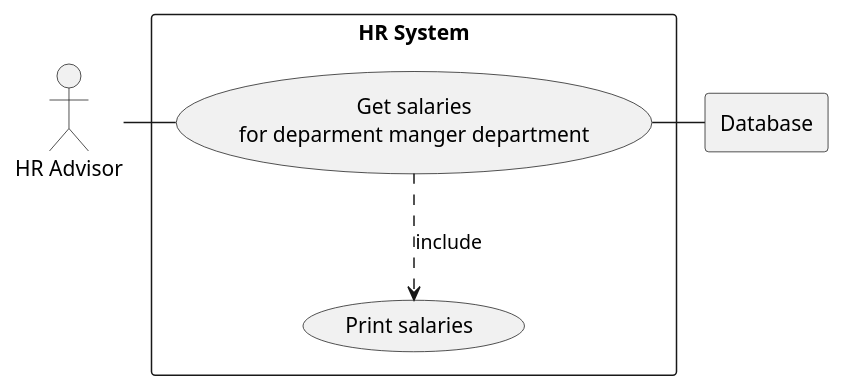
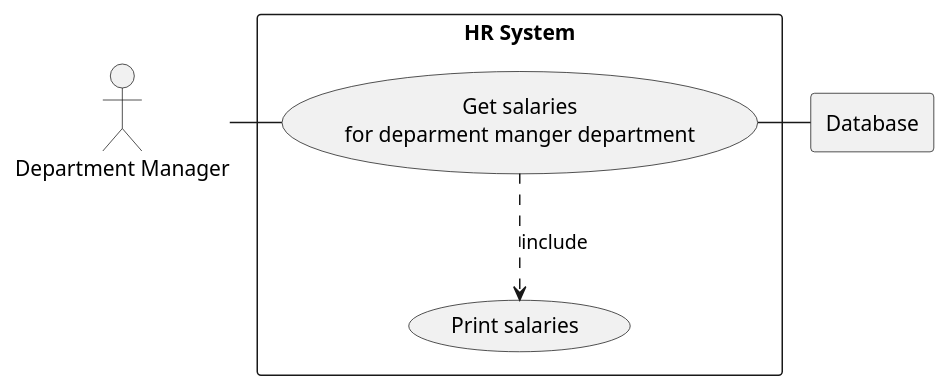
Before and after one commit to Luke270601/SEM: the diagram in use-cases/Use-case5.puml, drawn with PlantUML.

Commit message:
Edited use case to have correct actor

```diff
--- a/use-cases/Use-case5.puml
+++ b/use-cases/Use-case5.puml
@@ -1,18 +1,18 @@
 @startuml
 
-actor HR as "HR Advisor"
+actor Manger as "Department Manager"
 
 rectangle Database
 
 rectangle "HR System" {
     usecase UC4 as "Get salaries
     for deparment manger department"
 
     usecase UCa as "Print salaries"
 
-    HR - UC4
+    Manger - UC4
     UC4 ..> UCa : include
     UC4 - Database
 }
 
 @enduml
```
